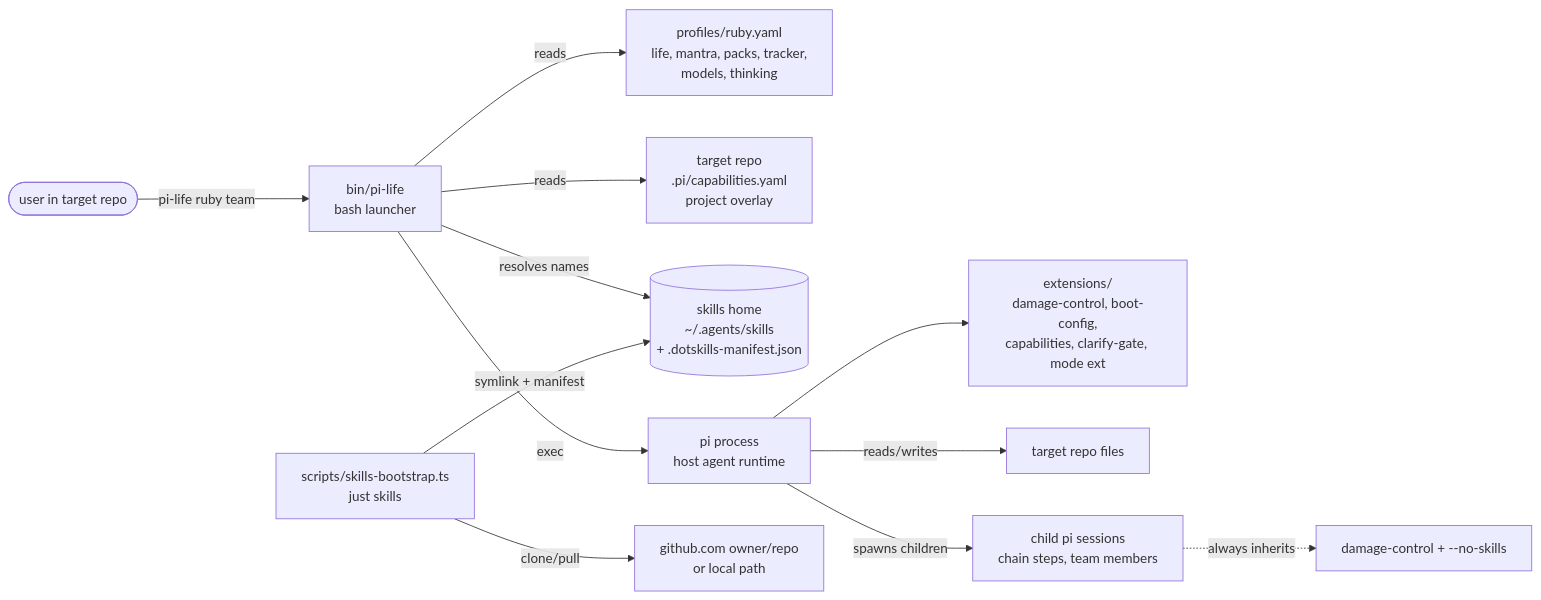
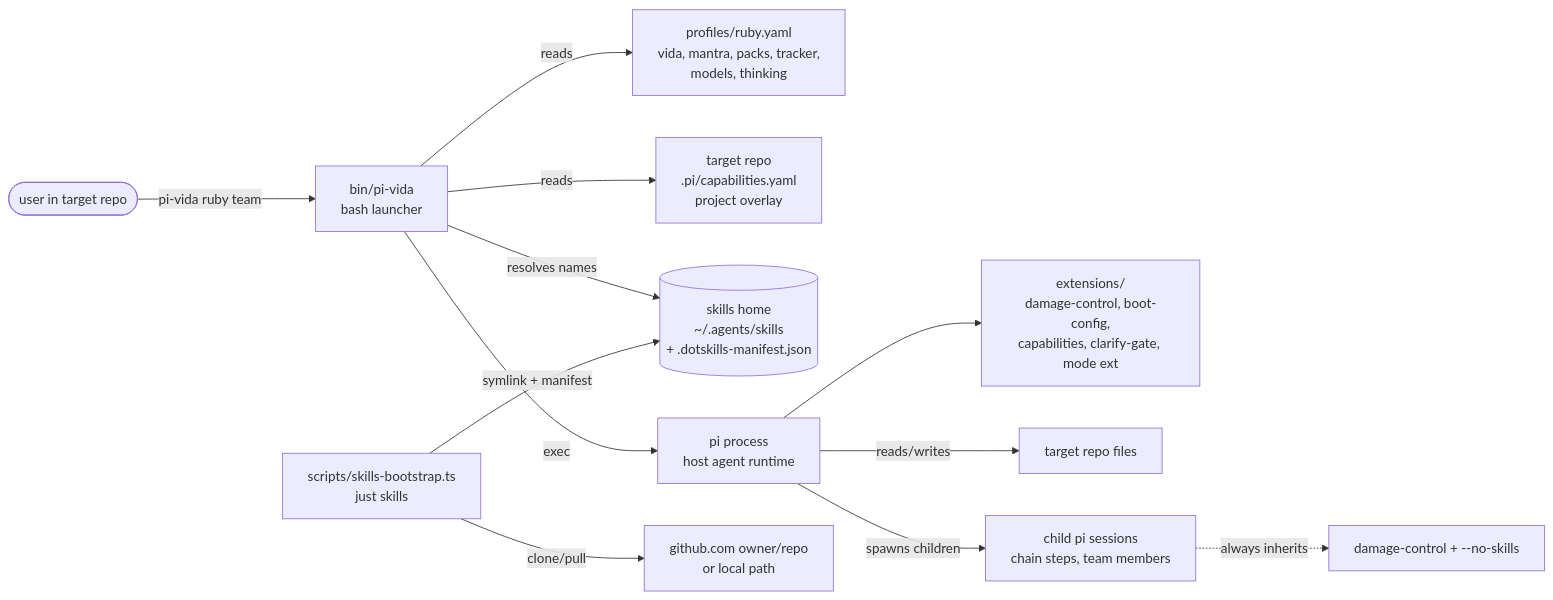
Before and after one commit to igmarin/my-pi-agent: the first of 4 diagrams in ARCHITECTURE.md, drawn with Mermaid. The commit also changed other lines of this file and 37 other files, not shown here.

First line of the commit message:
Rename repo, binary, and glossary to pi-vida (#75)

````diff
--- a/ARCHITECTURE.md
+++ b/ARCHITECTURE.md
@@ -21,14 +21,14 @@
 ```mermaid
 flowchart LR
-    user([user in target repo]) -->|pi-life ruby team| PL[bin/pi-life<br/>bash launcher]
-    PL -->|reads| PROF[profiles/ruby.yaml<br/>life, mantra, packs, tracker,<br/>models, thinking]
+    user([user in target repo]) -->|pi-vida ruby team| PL[bin/pi-vida<br/>bash launcher]
+    PL -->|reads| PROF[profiles/ruby.yaml<br/>vida, mantra, packs, tracker,<br/>models, thinking]
     PL -->|reads| OV[target repo<br/>.pi/capabilities.yaml<br/>project overlay]
     PL -->|resolves names| SH[(skills home<br/>~/.agents/skills<br/>+ .dotskills-manifest.json)]
     PL -->|exec| PI[pi process<br/>host agent runtime]
     PI --> EXT[extensions/<br/>damage-control, boot-config,<br/>capabilities, clarify-gate, mode ext]
     PI -->|reads/writes| REPO[target repo files]
     PI -->|spawns children| CHILD[child pi sessions<br/>chain steps, team members]
     CHILD -.->|always inherits| DC[damage-control + --no-skills]
     BOOT[scripts/skills-bootstrap.ts<br/>just skills] -->|clone/pull| GH[github.com owner/repo<br/>or local path]
     BOOT -->|symlink + manifest| SH
 ```
````
